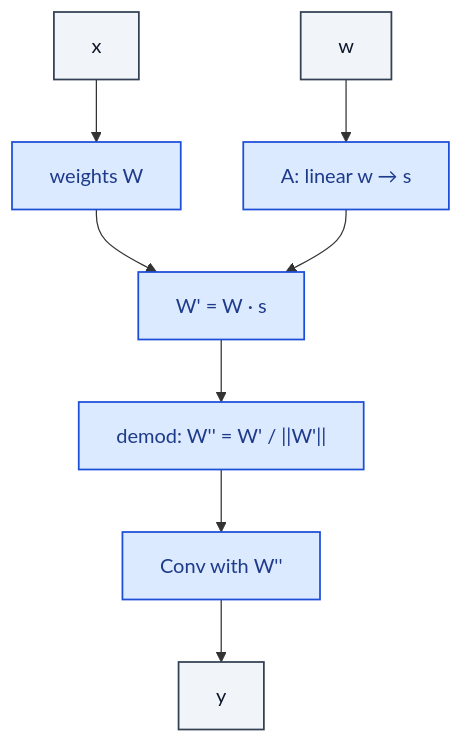
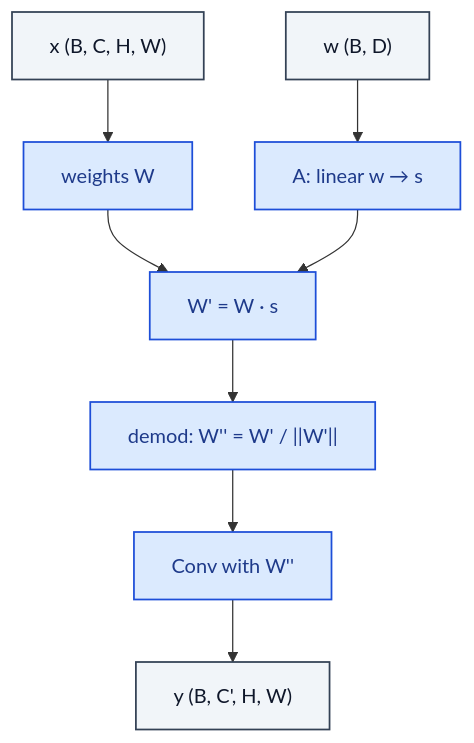
The diagram in gan/ModulatedConv2d.md (RealityShifts/Srivastava-book-of-Blocks-diagrams), drawn with Mermaid before and after one commit. The commit also changed 123 other files, not shown here.

````diff
--- a/gan/ModulatedConv2d.md
+++ b/gan/ModulatedConv2d.md
@@ -7,27 +7,28 @@
 ```mermaid
 flowchart TD
-    n0_0["x"]:::io
-    n0_1["w"]:::io
+    n0_0["x  (B, C, H, W)"]:::io
+    n0_1["w  (B, D)"]:::io
     n1_0["weights W"]:::op
     n1_1["A: linear w → s"]:::op
     n2_0["W' = W · s"]:::op
     n3_0["demod: W'' = W' / ||W'||"]:::op
     n4_0["Conv with W''"]:::op
-    n5_0["y"]:::io
+    n5_0["y  (B, C', H, W)"]:::io
     n0_0 --> n1_0
     n0_1 --> n1_1
     n1_0 --> n2_0
     n1_1 --> n2_0
     n2_0 --> n3_0
     n3_0 --> n4_0
     n4_0 --> n5_0
     classDef io fill:#f1f5f9,stroke:#334155,stroke-width:1.4px,color:#0f172a
     classDef op fill:#dbeafe,stroke:#1d4ed8,stroke-width:1.4px,color:#1e3a8a
     classDef norm fill:#dcfce7,stroke:#15803d,stroke-width:1.4px,color:#14532d
     classDef act fill:#ffedd5,stroke:#c2410c,stroke-width:1.4px,color:#7c2d12
     classDef attn fill:#ede9fe,stroke:#6d28d9,stroke-width:1.4px,color:#4c1d95
     classDef merge fill:#fef3c7,stroke:#b45309,stroke-width:1.4px,color:#78350f
     classDef emb fill:#fef9c3,stroke:#a16207,stroke-width:1.4px,color:#713f12
     classDef loss fill:#fee2e2,stroke:#b91c1c,stroke-width:1.4px,color:#7f1d1d
     classDef ctrl fill:#f5f5f4,stroke:#52525b,stroke-width:1.4px,color:#27272a
+    classDef ref fill:#e0f2fe,stroke:#0369a1,stroke-width:2px,color:#0c4a6e,stroke-dasharray: 4 2
 ```
````
